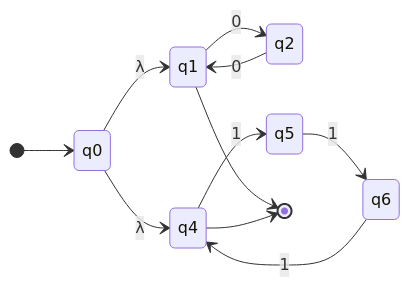
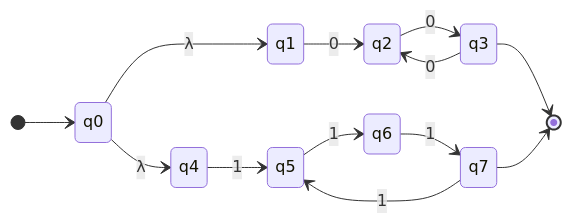
One commit to lelongc/rac changed diagram 11 of 12 in iuh/môn/hk1-4/automat/3-4/ly_thuyet_nfa.md. Above: the diagram before and after it, drawn with Mermaid. The commit also changed other lines of this file and 7 other files, not shown here.

````diff
--- a/iuh/môn/hk1-4/automat/3-4/ly_thuyet_nfa.md
+++ b/iuh/môn/hk1-4/automat/3-4/ly_thuyet_nfa.md
@@ -461,17 +462,19 @@
 ```mermaid
 stateDiagram-v2
     direction LR
     [*] --> q0
     q0 --> q1: λ
     q0 --> q4: λ
     
     q1 --> q2: 0
-    q2 --> q1: 0
+    q2 --> q3: 0
+    q3 --> q2: 0
     
     q4 --> q5: 1
     q5 --> q6: 1
-    q6 --> q4: 1
+    q6 --> q7: 1
+    q7 --> q5: 1
     
-    q1 --> [*]
-    q4 --> [*]
+    q3 --> [*]
+    q7 --> [*]
 ```
````
